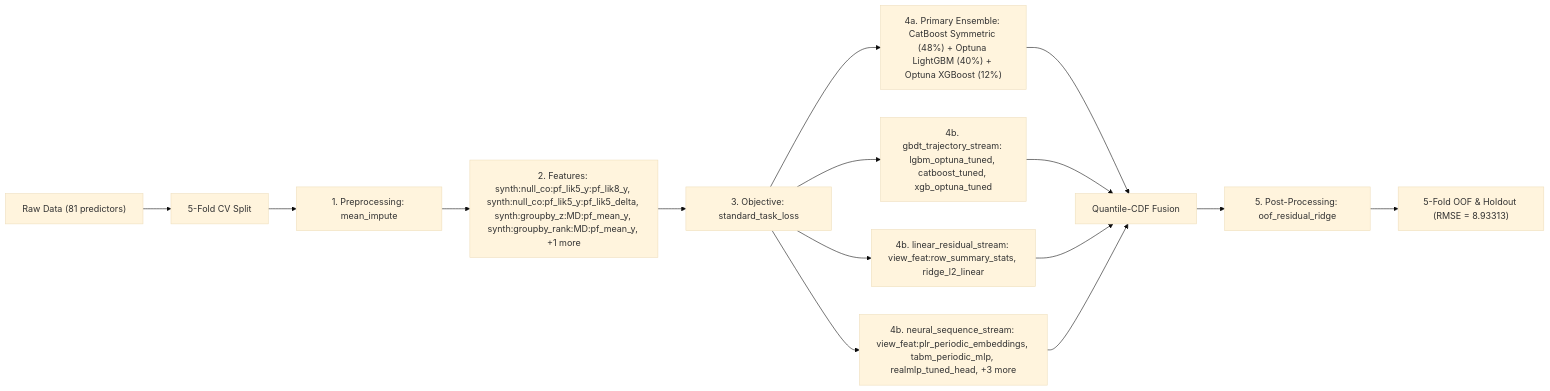
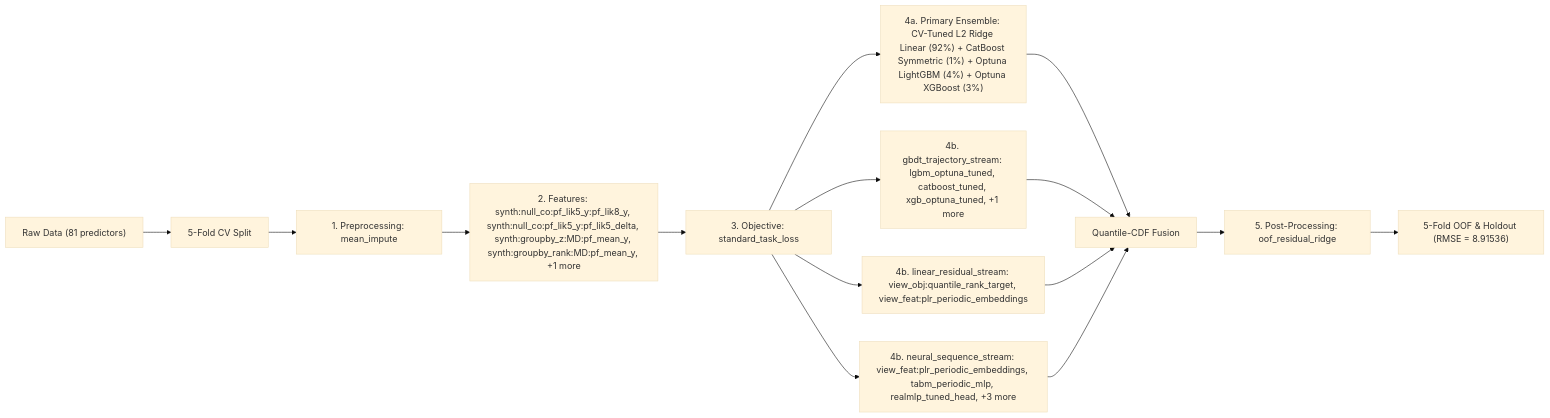
Before and after one commit to stefanoclss/ROGII-Wellbore-Geology-Prediction: the diagram in README.md, drawn with Mermaid (base theme). The commit also changed other lines of this file, not shown here.

First line of the commit message:
docs(readme): refresh verified OOF benchmark & build ledger (RMSE=8.91536)

````diff
--- a/README.md
+++ b/README.md
@@ -74,17 +77,17 @@
 ```mermaid
 flowchart LR
     DATA["Raw Data (81 predictors)"] --> SPLIT["5-Fold CV Split"]
     SPLIT --> PRE["1. Preprocessing: mean_impute"]
     PRE --> FEAT["2. Features: synth:null_co:pf_lik5_y:pf_lik8_y, synth:null_co:pf_lik5_y:pf_lik5_delta, synth:groupby_z:MD:pf_mean_y, synth:groupby_rank:MD:pf_mean_y, +1 more"]
     FEAT --> OBJ["3. Objective: standard_task_loss"]
-    OBJ --> M0["4a. Primary Ensemble: CatBoost Symmetric (48%) + Optuna LightGBM (40%) + Optuna XGBoost (12%)"]
+    OBJ --> M0["4a. Primary Ensemble: CV-Tuned L2 Ridge Linear (92%) + CatBoost Symmetric (1%) + Optuna LightGBM (4%) + Optuna XGBoost (3%)"]
     M0 --> FUSE["Quantile-CDF Fusion"]
-    OBJ --> S1["4b. gbdt_trajectory_stream: lgbm_optuna_tuned, catboost_tuned, xgb_optuna_tuned"]
+    OBJ --> S1["4b. gbdt_trajectory_stream: lgbm_optuna_tuned, catboost_tuned, xgb_optuna_tuned, +1 more"]
     S1 --> FUSE
-    OBJ --> S2["4b. linear_residual_stream: view_feat:row_summary_stats, ridge_l2_linear"]
+    OBJ --> S2["4b. linear_residual_stream: view_obj:quantile_rank_target, view_feat:plr_periodic_embeddings"]
     S2 --> FUSE
     OBJ --> S3["4b. neural_sequence_stream: view_feat:plr_periodic_embeddings, tabm_periodic_mlp, realmlp_tuned_head, +3 more"]
     S3 --> FUSE
     FUSE --> POST["5. Post-Processing: oof_residual_ridge"]
-    POST --> OUT["5-Fold OOF & Holdout (RMSE = 8.93313)"]
+    POST --> OUT["5-Fold OOF & Holdout (RMSE = 8.91536)"]
 ```
````
